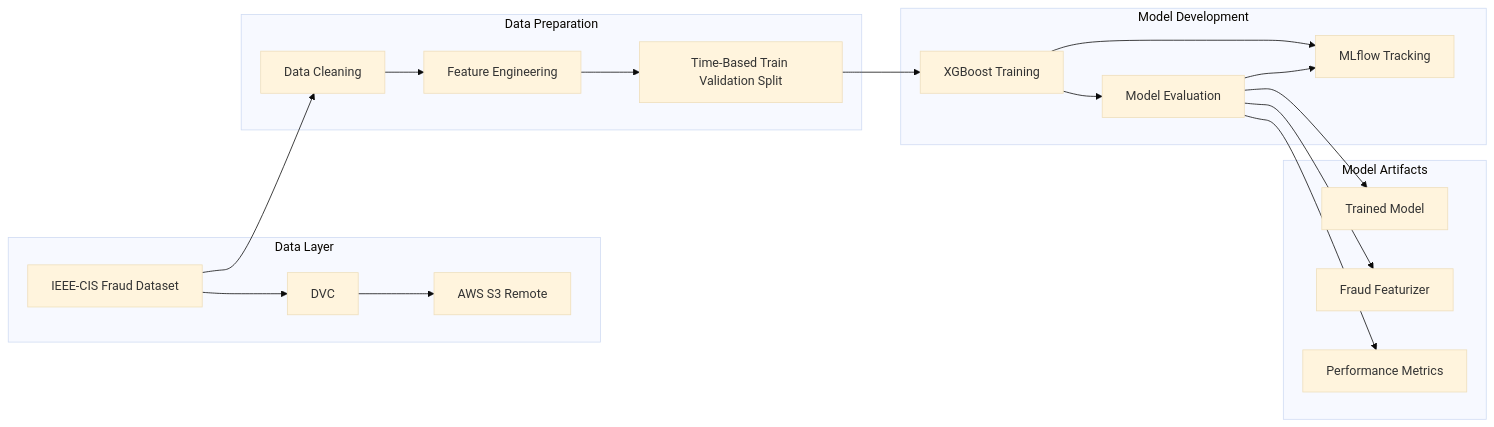
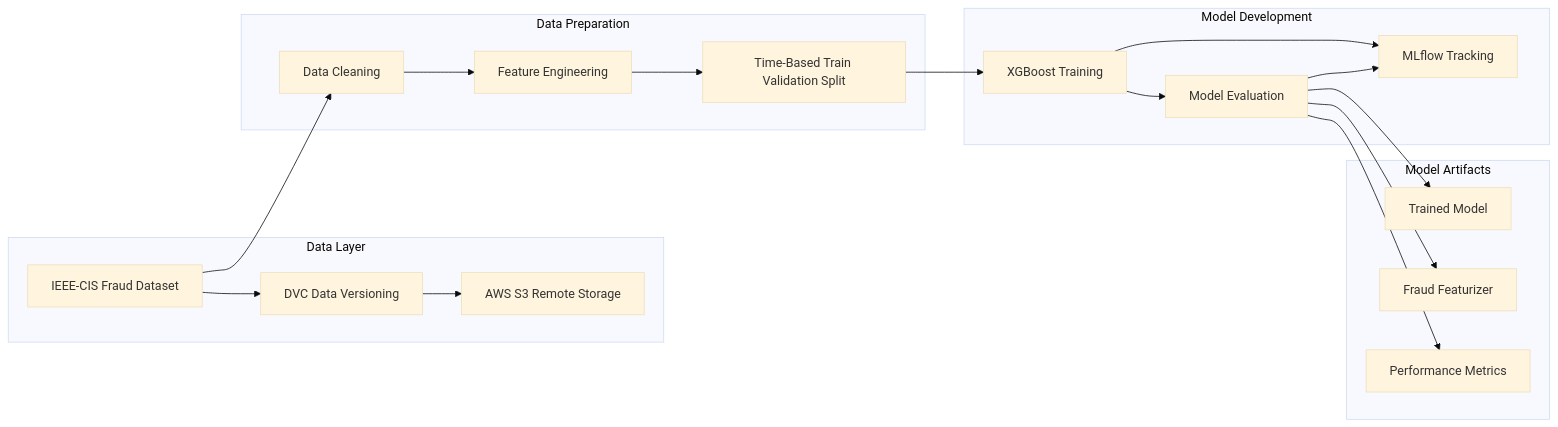
The first of 2 diagrams in README.md (Roy16Keane/End-to-End-Fraud-detection-system), drawn with Mermaid (base theme) before and after one commit.

Commit message:
readme update

````diff
--- a/README.md
+++ b/README.md
@@ -63,44 +63,43 @@
 ```mermaid
 flowchart LR
 
-    subgraph DATA[Data Layer]
+    subgraph DATA_LAYER[Data Layer]
         RAW[IEEE-CIS Fraud Dataset]
-        DVC[DVC]
-        S3[AWS S3 Remote]
+        DVC_NODE[DVC Data Versioning]
+        S3_NODE[AWS S3 Remote Storage]
     end
 
-    subgraph PREP[Data Preparation]
+    subgraph PREP_LAYER[Data Preparation]
         CLEAN[Data Cleaning]
         FE[Feature Engineering]
         SPLIT[Time-Based Train Validation Split]
     end
 
-    subgraph MODEL[Model Development]
+    subgraph MODEL_LAYER[Model Development]
         TRAIN[XGBoost Training]
         EVAL[Model Evaluation]
-        MLFLOW[MLflow Tracking]
+        MLFLOW_NODE[MLflow Tracking]
     end
 
-    subgraph ARTIFACTS[Model Artifacts]
+    subgraph ARTIFACT_LAYER[Model Artifacts]
         MODELFILE[Trained Model]
         FEATURIZER[Fraud Featurizer]
         METRICS[Performance Metrics]
     end
 
     RAW --> CLEAN
-    RAW --> DVC
-    DVC --> S3
+    RAW --> DVC_NODE
+    DVC_NODE --> S3_NODE
 
     CLEAN --> FE
     FE --> SPLIT
     SPLIT --> TRAIN
-
     TRAIN --> EVAL
 
-    TRAIN --> MLFLOW
-    EVAL --> MLFLOW
+    TRAIN --> MLFLOW_NODE
+    EVAL --> MLFLOW_NODE
 
     EVAL --> MODELFILE
     EVAL --> FEATURIZER
     EVAL --> METRICS
 ```
````
